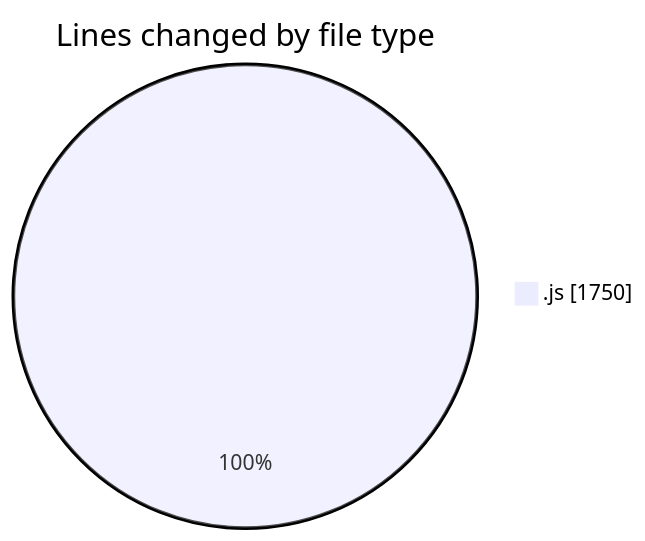
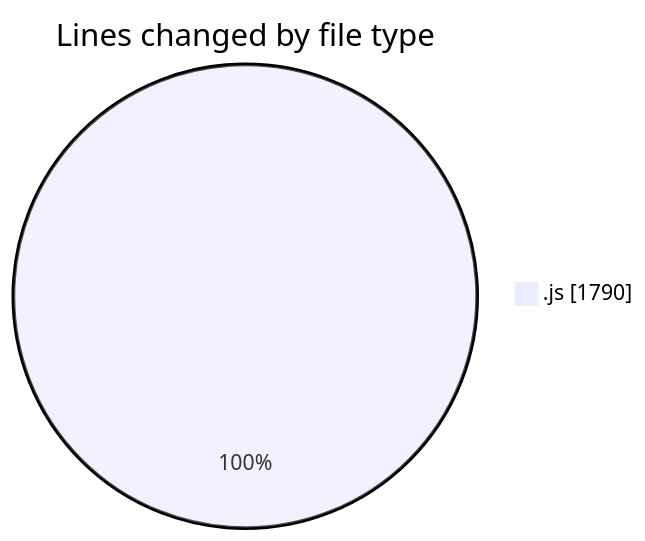
Before and after one commit to nxtqubesakshisongat/code-tracking: the first of 2 diagrams in 2025-09-24/nxtqube_webapp/README.md, drawn with Mermaid. The commit also changed other lines of this file and 1 other file, not shown here.

````diff
--- a/2025-09-24/nxtqube_webapp/README.md
+++ b/2025-09-24/nxtqube_webapp/README.md
@@ -21,5 +21,5 @@
 ```mermaid
 pie showData
 title Lines changed by file type
-".js" : 1750
+".js" : 1790
 ```
````
